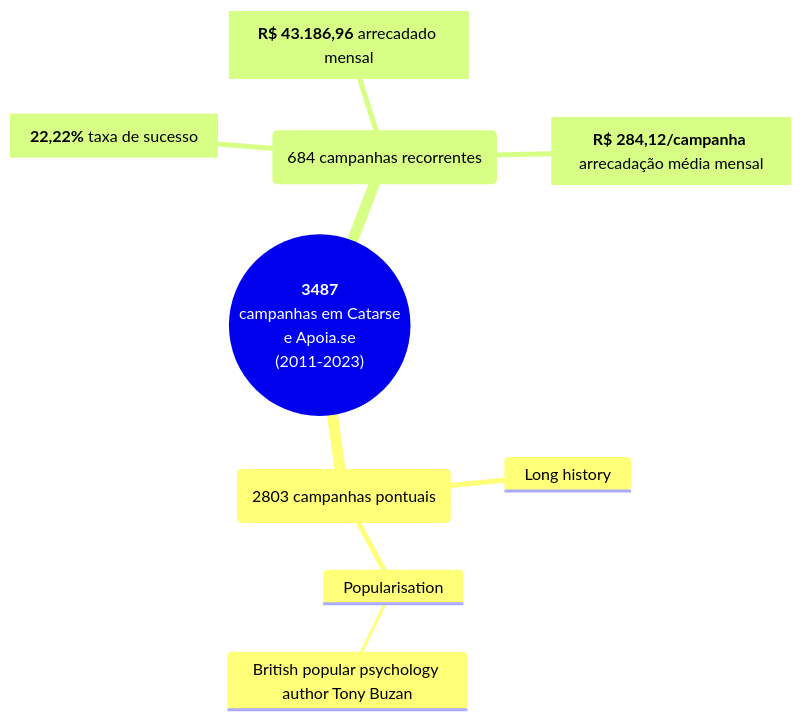
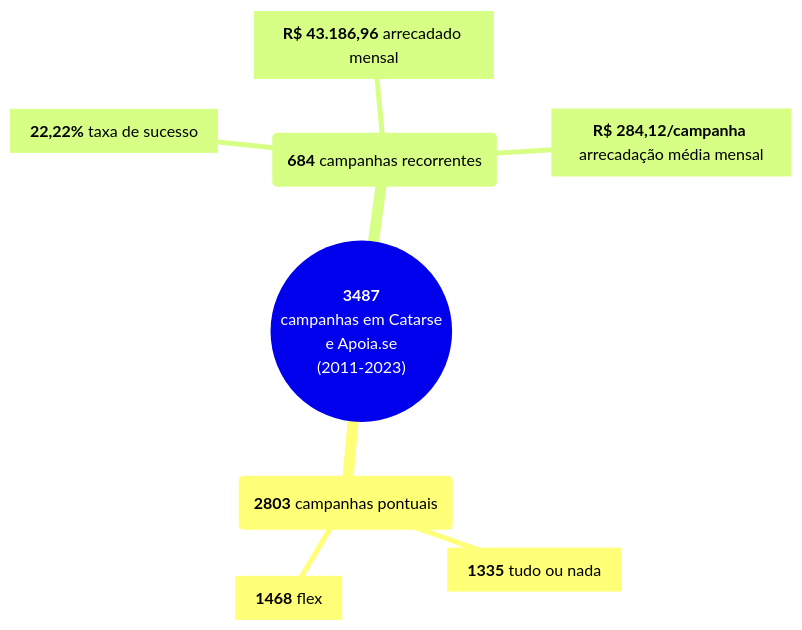
The diagram in analises/2023/README.md (silva-erick/profico-hq), drawn with Mermaid before and after one commit.

Commit message:
mais um teste multiline - readme

````diff
--- a/analises/2023/README.md
+++ b/analises/2023/README.md
@@ -105,16 +105,14 @@
 ```mermaid
 mindmap
-  root(("` **3487**
+  root(("**3487**
 campanhas em Catarse
 e Apoia.se
-(2011-2023) `"))
-    camp_pontual("`2803 campanhas pontuais`")
-      Long history
-      ::icon(fa fa-book)
-      Popularisation
-        British popular psychology author Tony Buzan
-    camp_pontual("`684 campanhas recorrentes`")
-        camp_pontual_taxa_sucesso["`**22,22%** taxa de sucesso`"]
-        camp_pontual_arr_mensal["`**R$ 43.186,96** arrecadado mensal`"]
-        camp_pontual_arr_med_mensal["`**R$ 284,12/campanha** arrecadação média mensal`"]
+(2011-2023) "))
+    camp_pontual("**2803** campanhas pontuais")
+        camp_pontual_tudo_ou_nada["**1335** tudo ou nada"]
+        camp_pontual_flex["**1468** flex"]
+    camp_recorrente("**684** campanhas recorrentes")
+        camp_recorrente_taxa_sucesso["**22,22%** taxa de sucesso"]
+        camp_recorrente_arr_mensal["**R$ 43.186,96** arrecadado mensal"]
+        camp_recorrente_arr_med_mensal["**R$ 284,12/campanha** arrecadação média mensal"]
 ```
````
